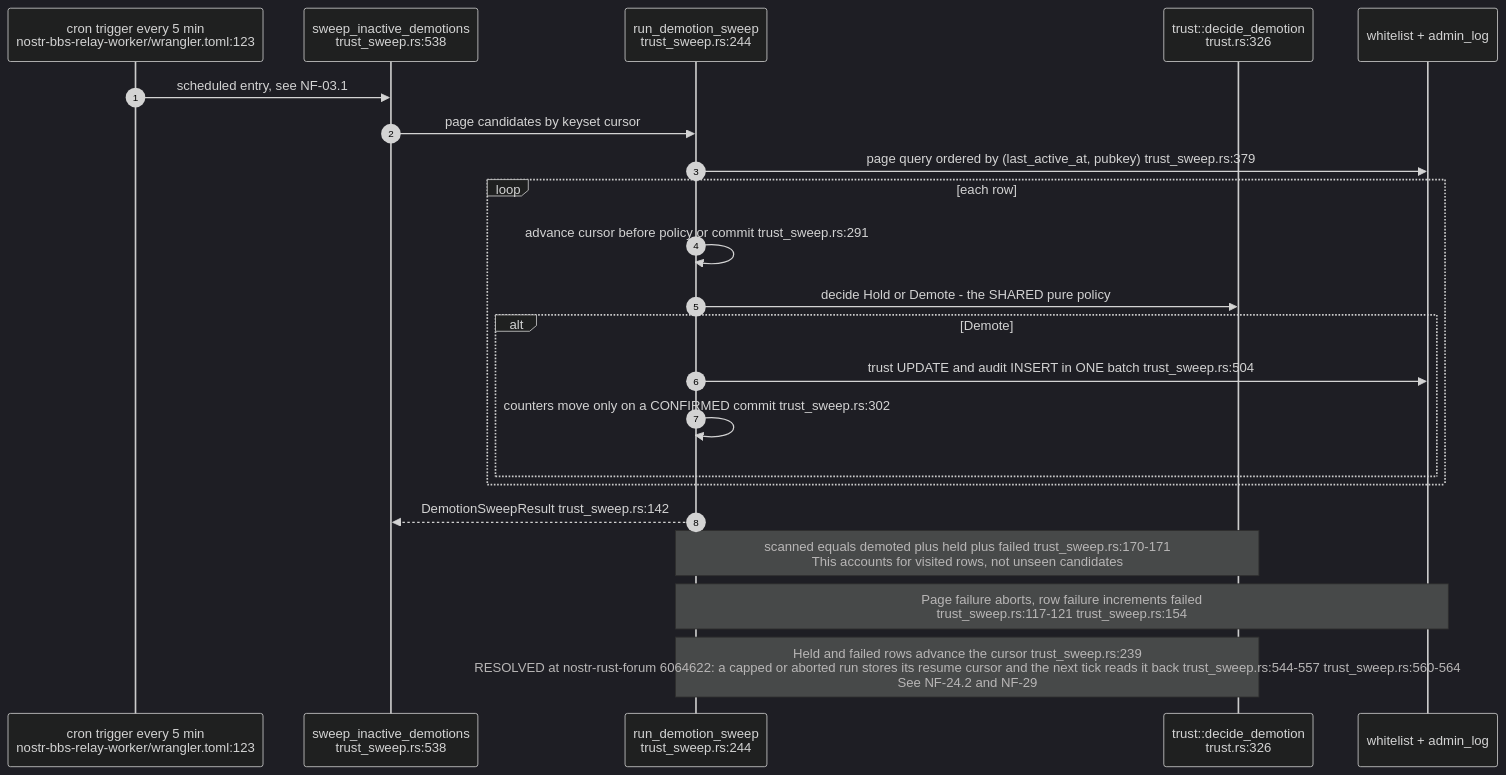
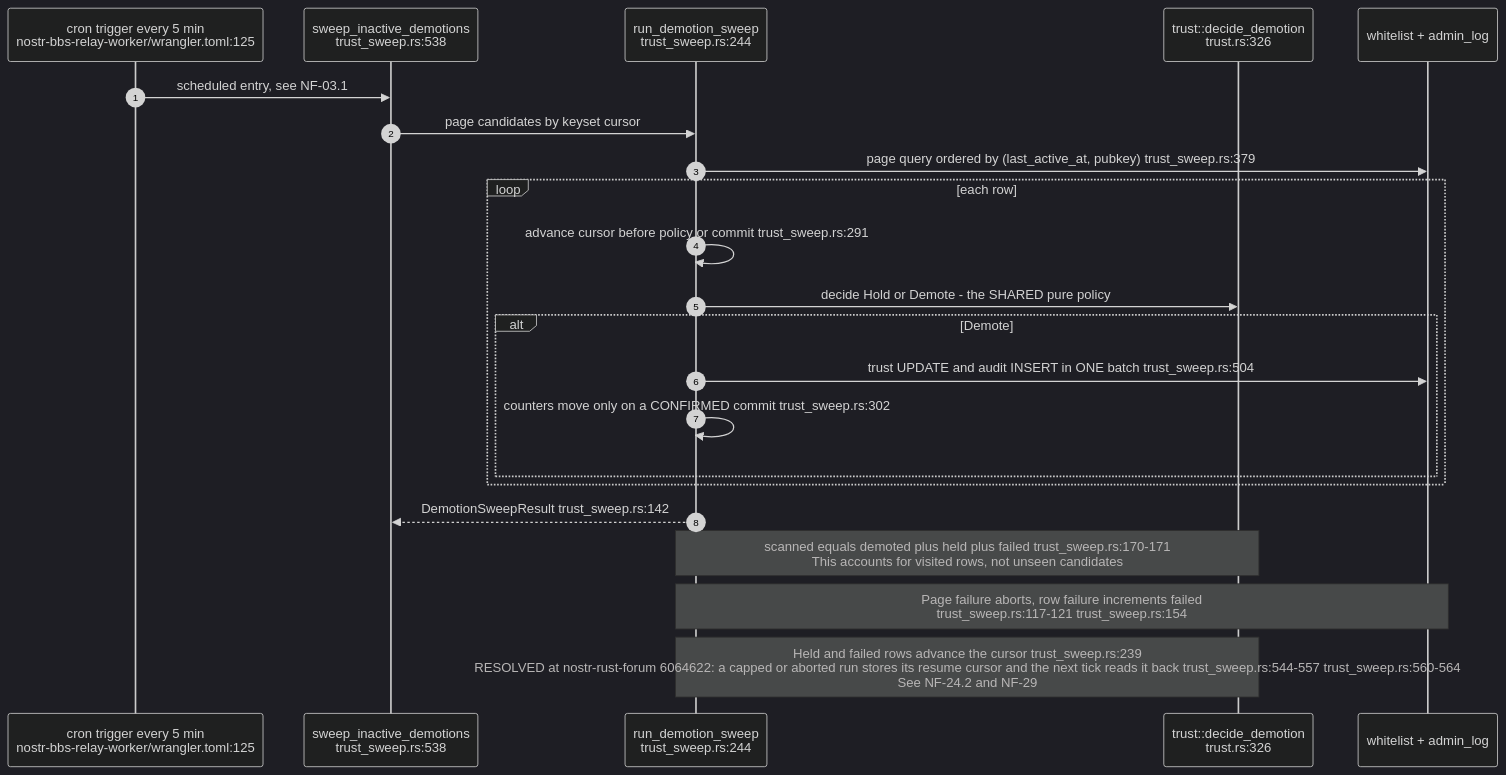
Before and after one commit to DreamLab-AI/VisionFlow: the tenth of 18 diagrams in docs/diagrams/nostr-rust-forum/11-relay-durable-object-internals.md, drawn with Mermaid (dark theme). The commit also changed other lines of this file and 11 other files, not shown here.

````diff
--- a/docs/diagrams/nostr-rust-forum/11-relay-durable-object-internals.md
+++ b/docs/diagrams/nostr-rust-forum/11-relay-durable-object-internals.md
@@ -361,26 +361,26 @@
 ```mermaid
 sequenceDiagram
     autonumber
-    participant CR as cron trigger every 5 min<br/>nostr-bbs-relay-worker/wrangler.toml:123
+    participant CR as cron trigger every 5 min<br/>nostr-bbs-relay-worker/wrangler.toml:125
     participant SW as sweep_inactive_demotions<br/>trust_sweep.rs:538
     participant RUN as run_demotion_sweep<br/>trust_sweep.rs:244
     participant POL as trust::decide_demotion<br/>trust.rs:326
     participant D1 as whitelist + admin_log
 
     CR->>SW: scheduled entry, see NF-03.1
     SW->>RUN: page candidates by keyset cursor
     RUN->>D1: page query ordered by (last_active_at, pubkey) trust_sweep.rs:379
     loop each row
         RUN->>RUN: advance cursor before policy or commit trust_sweep.rs:291
         RUN->>POL: decide Hold or Demote - the SHARED pure policy
         alt Demote
             RUN->>D1: trust UPDATE and audit INSERT in ONE batch trust_sweep.rs:504
             RUN->>RUN: counters move only on a CONFIRMED commit trust_sweep.rs:302
         end
     end
     RUN-->>SW: DemotionSweepResult trust_sweep.rs:142
 
     Note over RUN,POL: scanned equals demoted plus held plus failed trust_sweep.rs:170-171<br/>This accounts for visited rows, not unseen candidates
     Note over RUN,D1: Page failure aborts, row failure increments failed<br/>trust_sweep.rs:117-121 trust_sweep.rs:154
     Note over RUN,POL: Held and failed rows advance the cursor trust_sweep.rs:239<br/>RESOLVED at nostr-rust-forum 6064622: a capped or aborted run stores its resume cursor and the next tick reads it back trust_sweep.rs:544-557 trust_sweep.rs:560-564<br/>See NF-24.2 and NF-29
 ```
````
